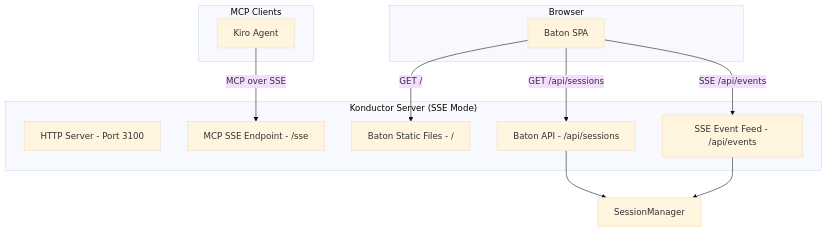
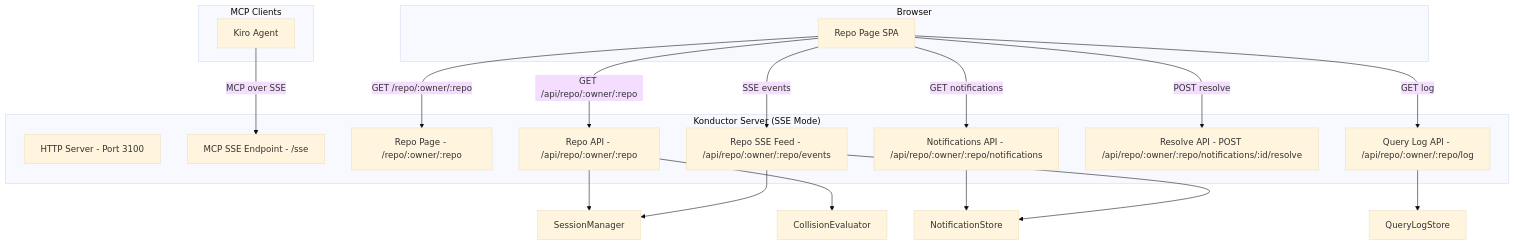
Before and after one commit to deanwheatley/konductor: the diagram in .kiro/specs/konductor-baton/design.md, drawn with Mermaid (base theme). The commit also changed other lines of this file and 70 other files, not shown here.

````diff
--- a/.kiro/specs/konductor-baton/design.md
+++ b/.kiro/specs/konductor-baton/design.md
@@ -9,25 +9,35 @@
 ```mermaid
 graph TB
     subgraph "Konductor Server (SSE Mode)"
         HTTP[HTTP Server - Port 3100]
         MCP[MCP SSE Endpoint - /sse]
-        BATON[Baton Static Files - /]
-        API[Baton API - /api/sessions]
-        SSE_FEED[SSE Event Feed - /api/events]
+        REPO_PAGE[Repo Page - /repo/:owner/:repo]
+        API_REPO[Repo API - /api/repo/:owner/:repo]
+        API_NOTIF[Notifications API - /api/repo/:owner/:repo/notifications]
+        API_LOG[Query Log API - /api/repo/:owner/:repo/log]
+        API_RESOLVE[Resolve API - POST /api/repo/:owner/:repo/notifications/:id/resolve]
+        SSE_REPO[Repo SSE Feed - /api/repo/:owner/:repo/events]
     end
 
     subgraph "Browser"
-        SPA[Baton SPA]
-        SPA -->|GET /| BATON
-        SPA -->|GET /api/sessions| API
-        SPA -->|SSE /api/events| SSE_FEED
+        SPA[Repo Page SPA]
+        SPA -->|GET /repo/:owner/:repo| REPO_PAGE
+        SPA -->|GET /api/repo/:owner/:repo| API_REPO
+        SPA -->|GET notifications| API_NOTIF
+        SPA -->|GET log| API_LOG
+        SPA -->|POST resolve| API_RESOLVE
+        SPA -->|SSE events| SSE_REPO
     end
 
     subgraph "MCP Clients"
         K1[Kiro Agent]
         K1 -->|MCP over SSE| MCP
     end
 
-    API --> SM[SessionManager]
-    SSE_FEED --> SM
+    API_REPO --> SM[SessionManager]
+    API_REPO --> CE[CollisionEvaluator]
+    API_NOTIF --> NS[NotificationStore]
+    API_LOG --> QL[QueryLogStore]
+    SSE_REPO --> SM
+    SSE_REPO --> NS
 ```
````
